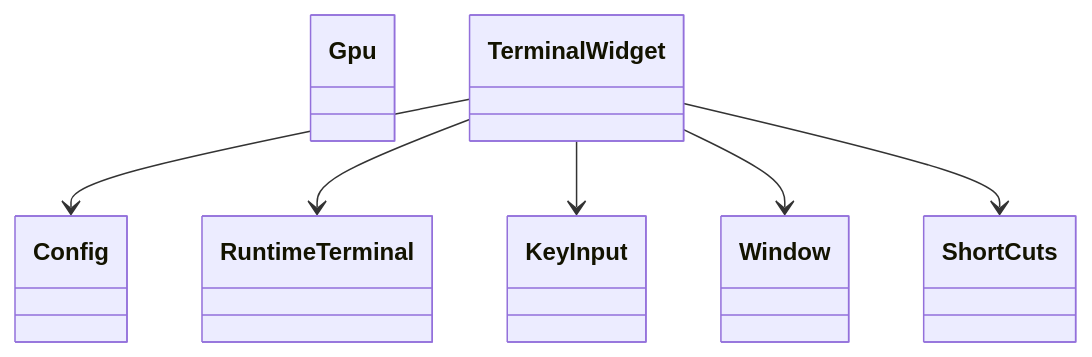
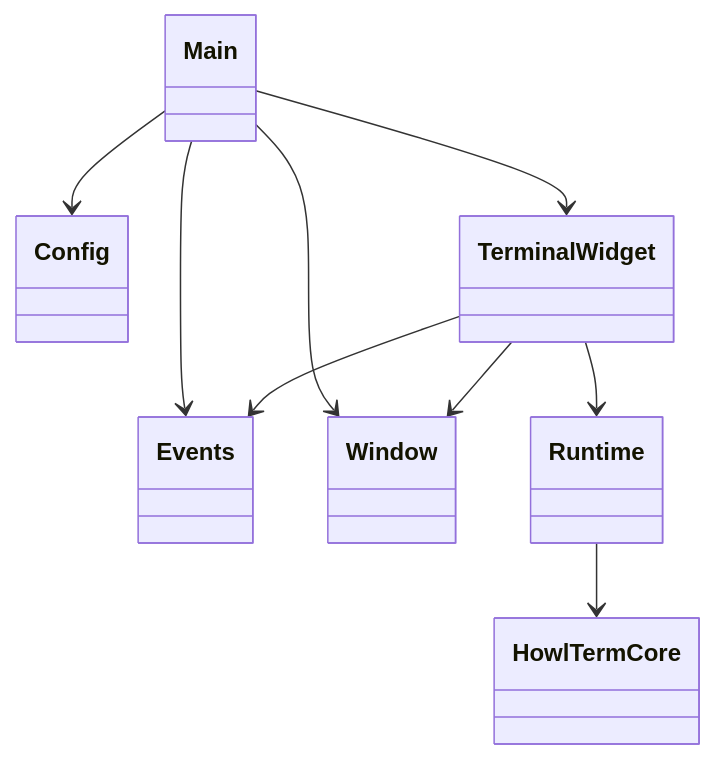
The first of 3 diagrams in design.md (LaurenceGuws/howl-linux-host), drawn with Mermaid before and after one commit. The commit also changed other lines of this file and 22 other files, not shown here.

````diff
--- a/design.md
+++ b/design.md
@@ -21,16 +19,19 @@
 ```mermaid
 classDiagram
+    class Main
     class Config
+    class Events
     class Window
-    class KeyInput
-    class ShortCuts
-    class Gpu
-    class RuntimeTerminal
     class TerminalWidget
+    class Runtime
+    class HowlTermCore
 
-    TerminalWidget --> Config
-    TerminalWidget --> RuntimeTerminal
-    TerminalWidget --> KeyInput
+    Main --> Config
+    Main --> Events
+    Main --> Window
+    Main --> TerminalWidget
+    TerminalWidget --> Events
     TerminalWidget --> Window
-    TerminalWidget --> ShortCuts
+    TerminalWidget --> Runtime
+    Runtime --> HowlTermCore
 ```
````
